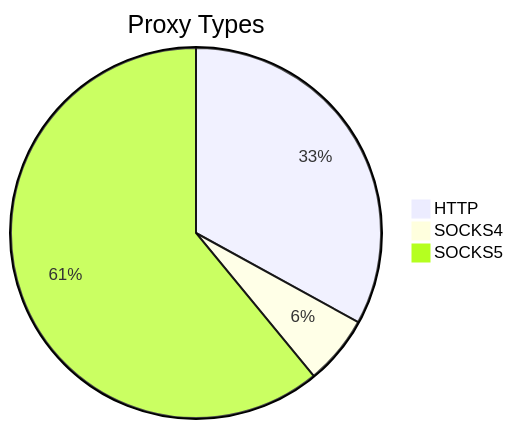
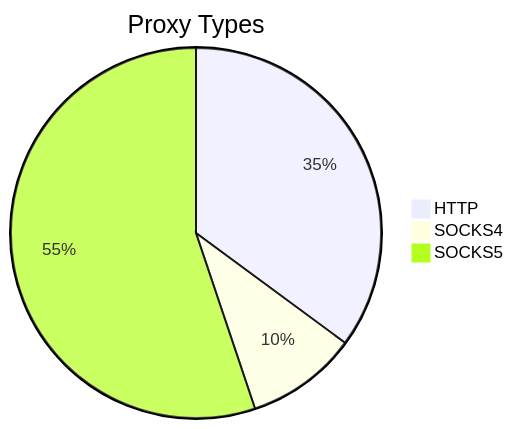
Before and after one commit to stormsia/proxy-list: the first of 2 diagrams in README.md, drawn with Mermaid. The commit also changed other lines of this file, not shown here.

````diff
--- a/README.md
+++ b/README.md
@@ -21,6 +21,6 @@
 ```mermaid
 pie title Proxy Types
-    "HTTP" : 164
-    "SOCKS4" : 30
-    "SOCKS5" : 303
+    "HTTP" : 119
+    "SOCKS4" : 33
+    "SOCKS5" : 187
 ```
````
